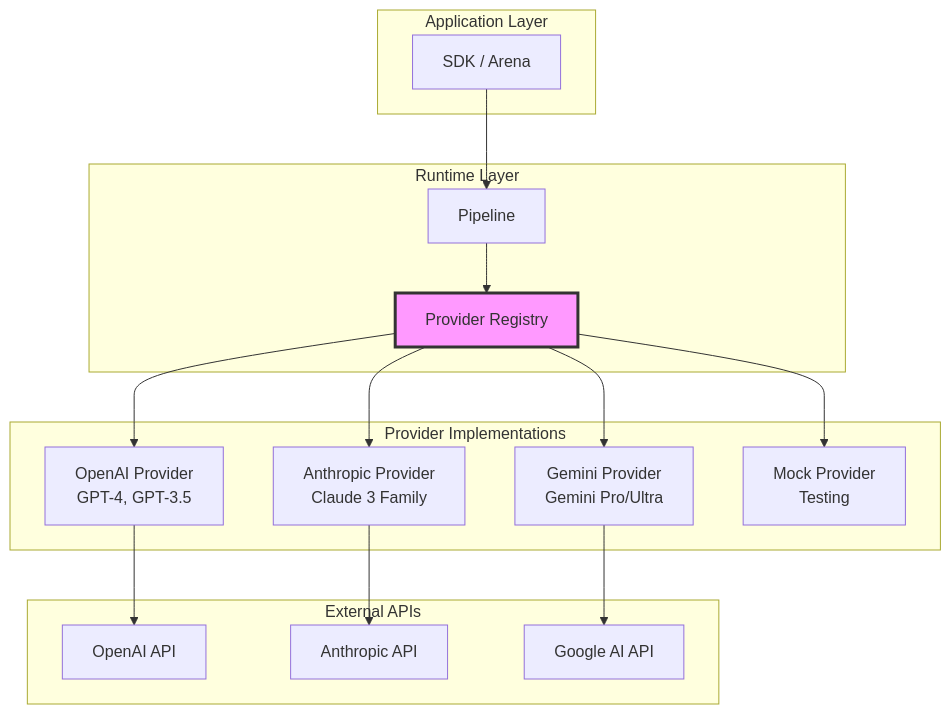
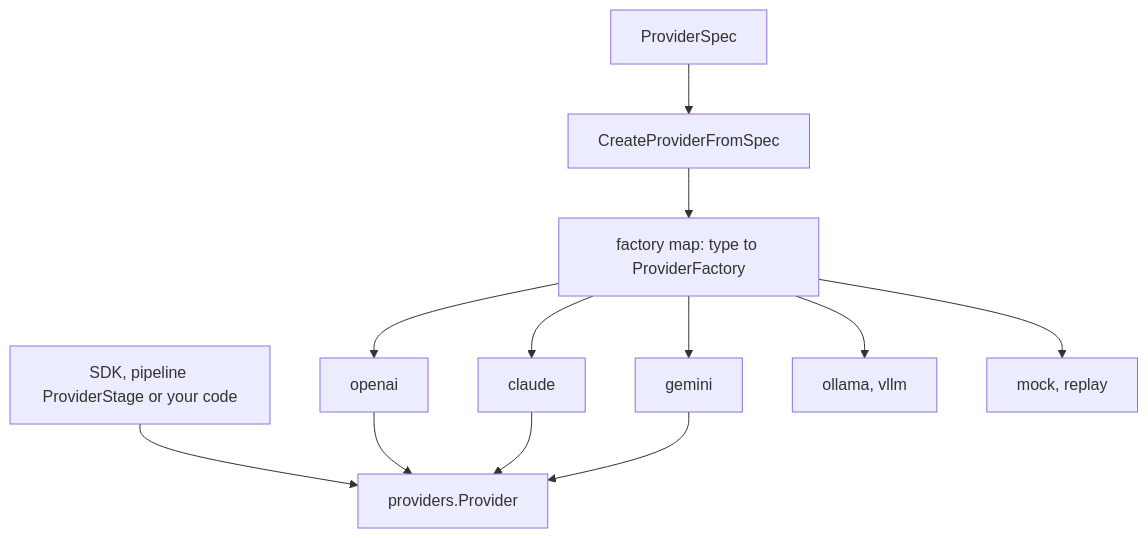
The first of 5 diagrams in docs/src/content/docs/architecture/runtime-providers.md (AltairaLabs/PromptKit), drawn with Mermaid before and after one commit. The commit also changed other lines of this file and 35 other files, not shown here.

First line of the commit message:
docs: review the explanation and architecture pages against the code (#2343)

````diff
--- a/docs/src/content/docs/architecture/runtime-providers.md
+++ b/docs/src/content/docs/architecture/runtime-providers.md
@@ -12,37 +43,14 @@
 ```mermaid
 graph TB
-    subgraph "Application Layer"
-        SDK["SDK / Arena"]
-    end
-
-    subgraph "Runtime Layer"
-        Pipeline["Pipeline"]
-        Registry["Provider Registry"]
-    end
-
-    subgraph "Provider Implementations"
-        OpenAI["OpenAI Provider<br/>GPT-4, GPT-3.5"]
-        Anthropic["Anthropic Provider<br/>Claude 3 Family"]
-        Gemini["Gemini Provider<br/>Gemini Pro/Ultra"]
-        Mock["Mock Provider<br/>Testing"]
-    end
-
-    subgraph "External APIs"
-        OpenAI_API["OpenAI API"]
-        Anthropic_API["Anthropic API"]
-        Google_API["Google AI API"]
-    end
-
-    SDK --> Pipeline
-    Pipeline --> Registry
-    Registry --> OpenAI
-    Registry --> Anthropic
-    Registry --> Gemini
-    Registry --> Mock
-
-    OpenAI --> OpenAI_API
-    Anthropic --> Anthropic_API
-    Gemini --> Google_API
-
-    style Registry fill:#f9f,stroke:#333,stroke-width:3px
+    Caller["SDK, pipeline ProviderStage or your code"] --> Iface["providers.Provider"]
+    Spec["ProviderSpec"] --> Create["CreateProviderFromSpec"]
+    Create --> Factories["factory map: type to ProviderFactory"]
+    Factories --> OpenAI["openai"]
+    Factories --> Claude["claude"]
+    Factories --> Gemini["gemini"]
+    Factories --> Local["ollama, vllm"]
+    Factories --> Test["mock, replay"]
+    OpenAI --> Iface
+    Claude --> Iface
+    Gemini --> Iface
 ```
````
